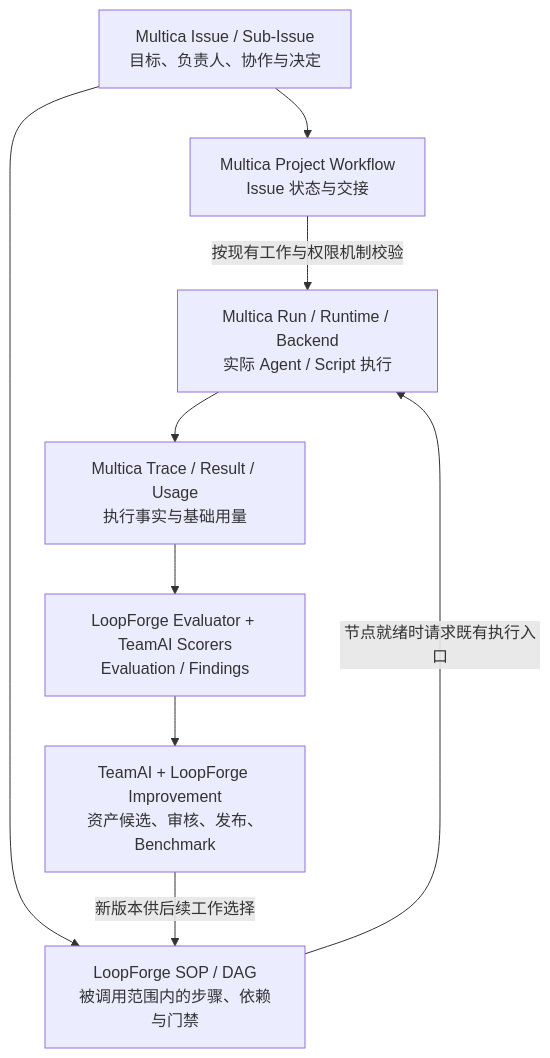
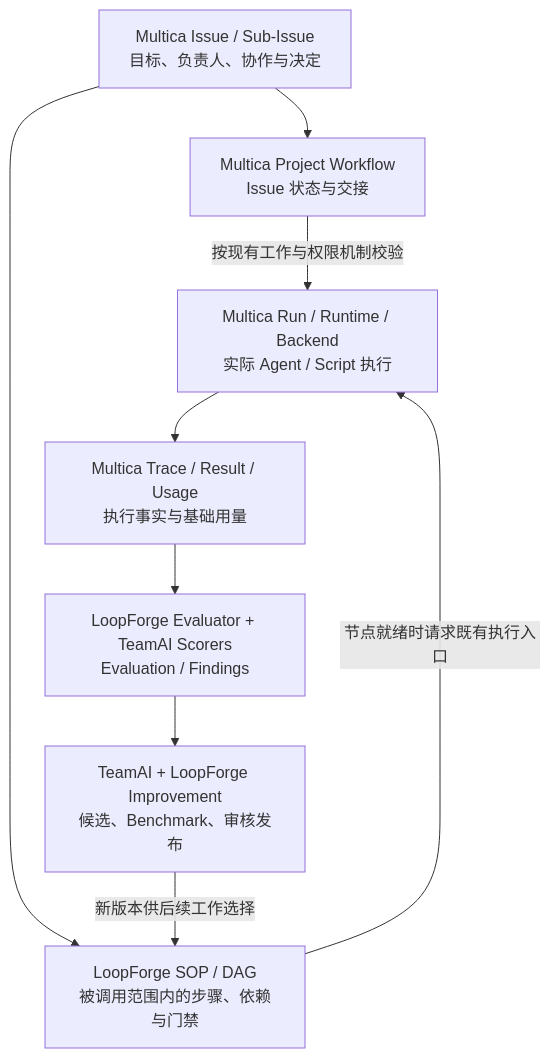
The diagram in docs/architecture/overview.md (ScWen7/Issues), drawn with Mermaid before and after one commit. The commit also changed other lines of this file and 14 other files, not shown here.

````diff
--- a/docs/architecture/overview.md
+++ b/docs/architecture/overview.md
@@ -40,16 +56,16 @@
 ```mermaid
 flowchart TD
     I["Multica Issue / Sub-Issue<br/>目标、负责人、协作与决定"]
     W["Multica Project Workflow<br/>Issue 状态与交接"]
     S["LoopForge SOP / DAG<br/>被调用范围内的步骤、依赖与门禁"]
     R["Multica Run / Runtime / Backend<br/>实际 Agent / Script 执行"]
     T["Multica Trace / Result / Usage<br/>执行事实与基础用量"]
     E["LoopForge Evaluator + TeamAI Scorers<br/>Evaluation / Findings"]
-    A["TeamAI + LoopForge Improvement<br/>资产候选、审核、发布、Benchmark"]
+    A["TeamAI + LoopForge Improvement<br/>候选、Benchmark、审核发布"]
     I --> W
     I --> S
     S -->|节点就绪时请求既有执行入口| R
     W -->|按现有工作与权限机制校验| R
     R --> T --> E --> A
     A -->|新版本供后续工作选择| S
 ```
````
